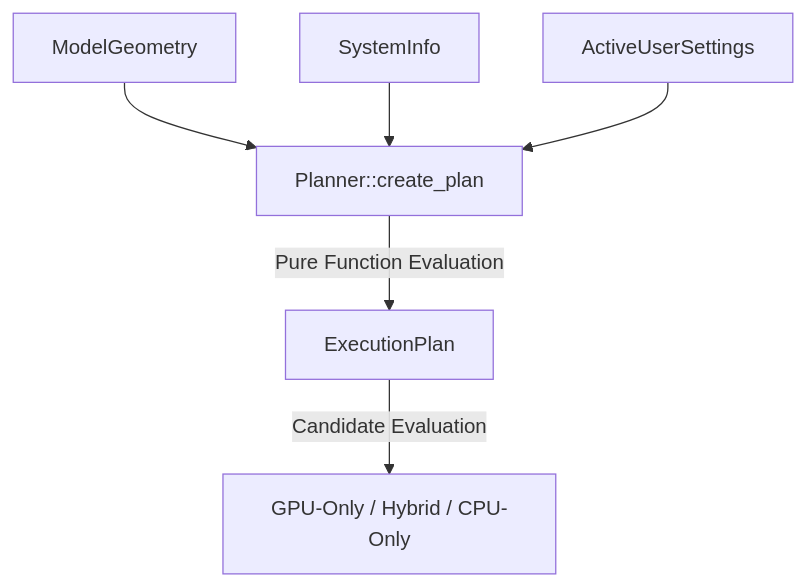
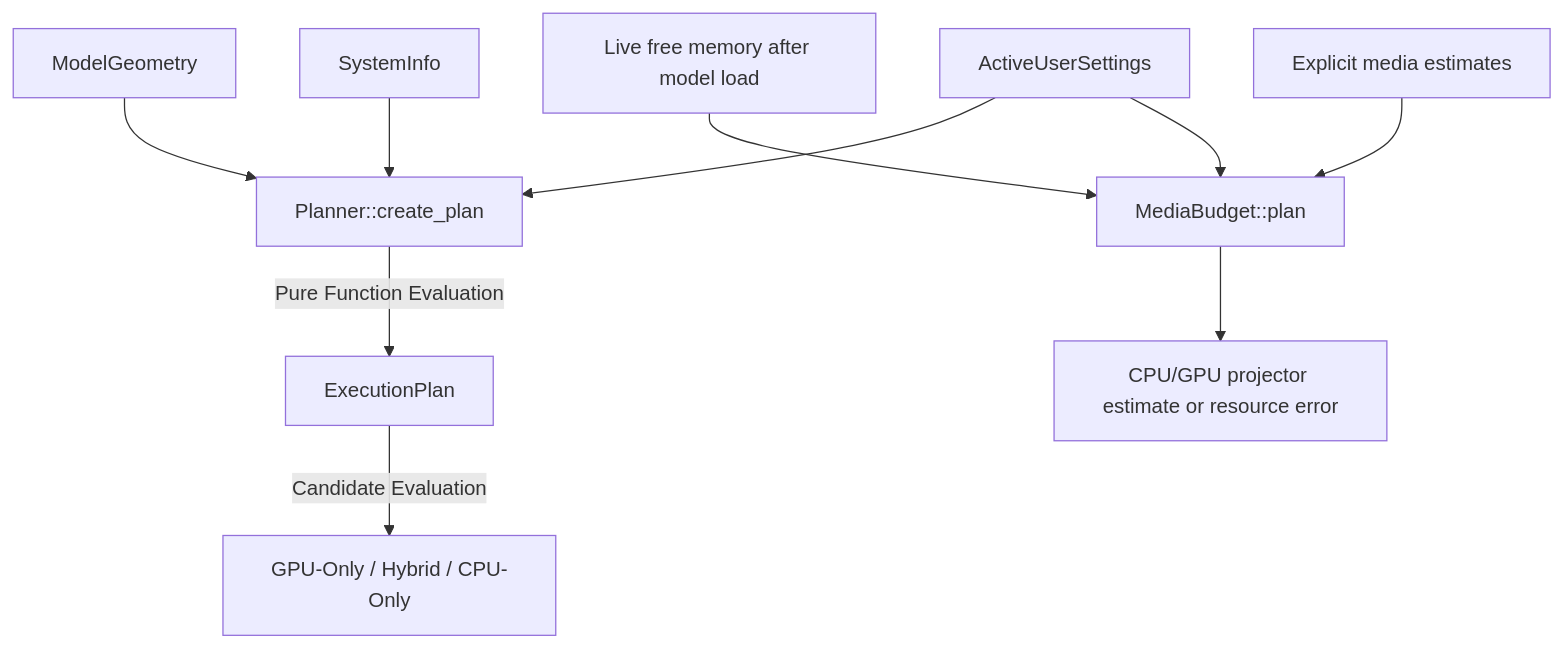
The diagram in engine/plan/README.md (cluaiz/cluaiz), drawn with Mermaid before and after one commit. The commit also changed other lines of this file and 8 other files, not shown here.

Commit message:
feat(engine/runtime): implement media memory budgeting, planner estimation, and unified host

````diff
--- a/engine/plan/README.md
+++ b/engine/plan/README.md
@@ -7,8 +7,12 @@
 ```mermaid
 graph TD
-    A[ModelGeometry] --> D[Planner::create_plan]
-    B[SystemInfo] --> D
-    C[ActiveUserSettings] --> D
-    D -->|Pure Function Evaluation| E[ExecutionPlan]
-    E -->|Candidate Evaluation| F[GPU-Only / Hybrid / CPU-Only]
+    A["ModelGeometry"] --> D["Planner::create_plan"]
+    B["SystemInfo"] --> D
+    C["ActiveUserSettings"] --> D
+    D -->|Pure Function Evaluation| E["ExecutionPlan"]
+    E -->|Candidate Evaluation| F["GPU-Only / Hybrid / CPU-Only"]
+    Live["Live free memory after model load"] --> Media["MediaBudget::plan"]
+    Needs["Explicit media estimates"] --> Media
+    C --> Media
+    Media --> Cost["CPU/GPU projector estimate or resource error"]
 ```
````
